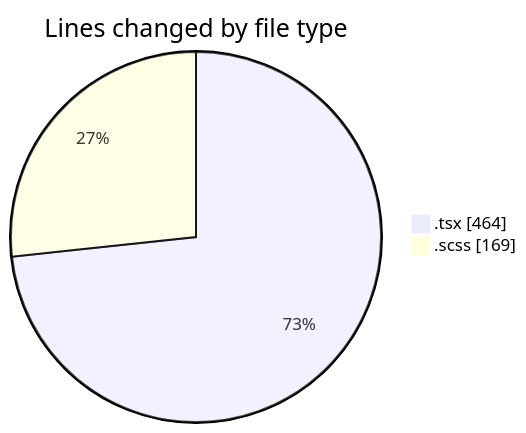
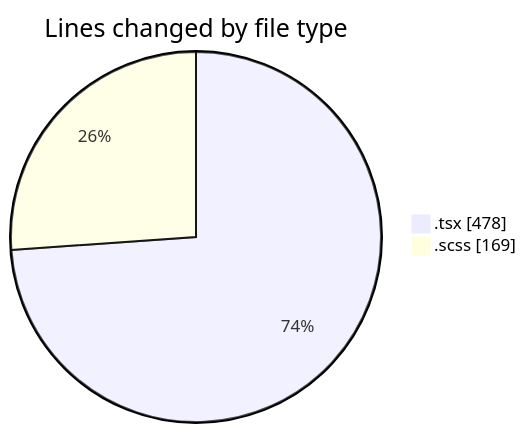
One commit to momahboobian/code-tracking changed the first of 2 diagrams in 2026-04-16/cda/README.md. Above: the diagram before and after it, drawn with Mermaid. The commit also changed other lines of this file and 1 other file, not shown here.

````diff
--- a/2026-04-16/cda/README.md
+++ b/2026-04-16/cda/README.md
@@ -23,6 +23,6 @@
 ```mermaid
 pie showData
 title Lines changed by file type
-".tsx" : 464
+".tsx" : 478
 ".scss" : 169
 ```
````
